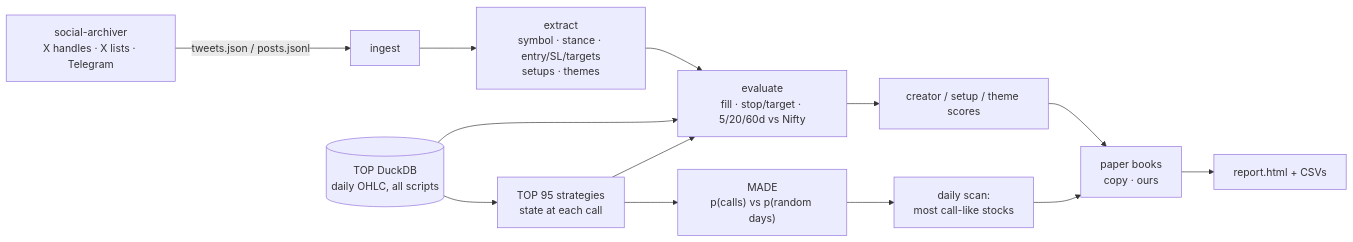
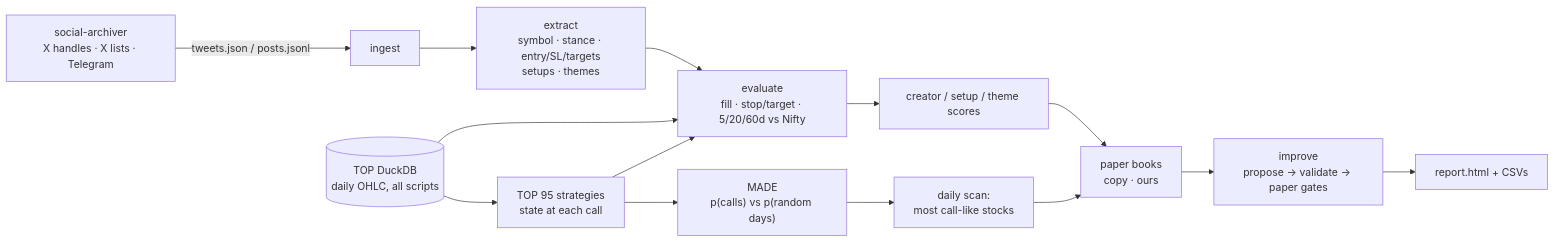
Before and after one commit to garv08/social-alpha: the diagram in README.md, drawn with Mermaid. The commit also changed other lines of this file and 12 other files, not shown here.

````diff
--- a/README.md
+++ b/README.md
@@ -12,15 +12,16 @@
 ```mermaid
 flowchart LR
   A["social-archiver<br/>X handles · X lists · Telegram"] -->|tweets.json / posts.jsonl| B[ingest]
   B --> C[extract<br/>symbol · stance · entry/SL/targets<br/>setups · themes]
   T[(TOP DuckDB<br/>daily OHLC, all scripts)] --> D
   C --> D[evaluate<br/>fill · stop/target · 5/20/60d vs Nifty]
   T --> F[TOP 95 strategies<br/>state at each call]
   F --> D
   F --> M["MADE<br/>p(calls) vs p(random days)"]
   D --> S[creator / setup / theme scores]
   M --> N[daily scan:<br/>most call-like stocks]
   S --> P[paper books<br/>copy · ours]
   N --> P
-  P --> R[report.html + CSVs]
+  P --> E["improve<br/>propose → validate → paper gates"]
+  E --> R[report.html + CSVs]
 ```
````
